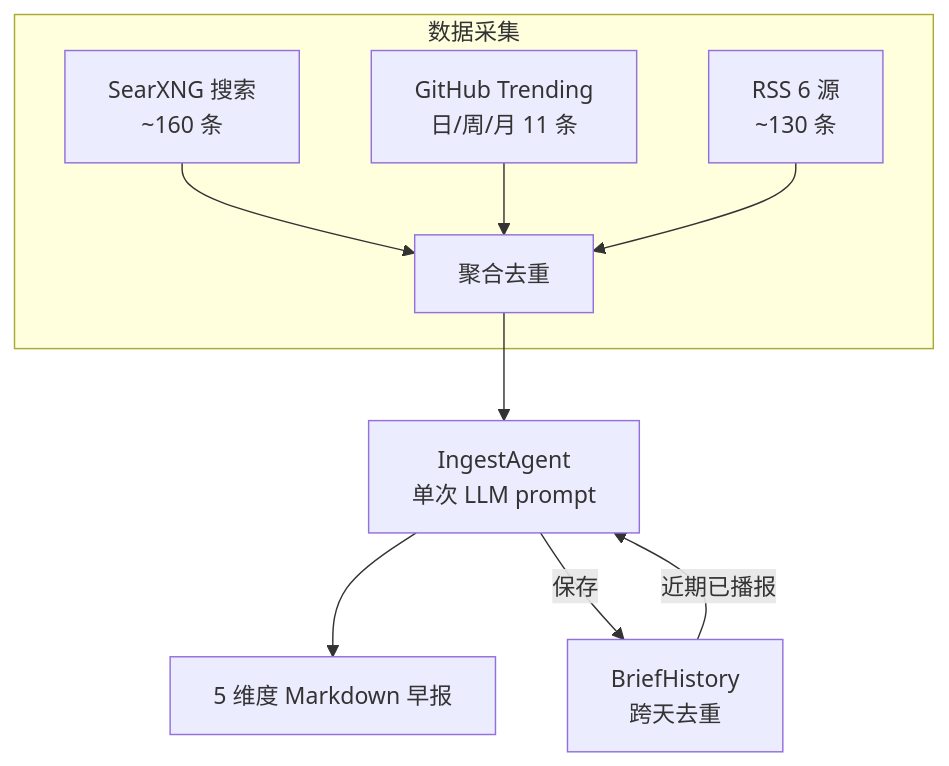
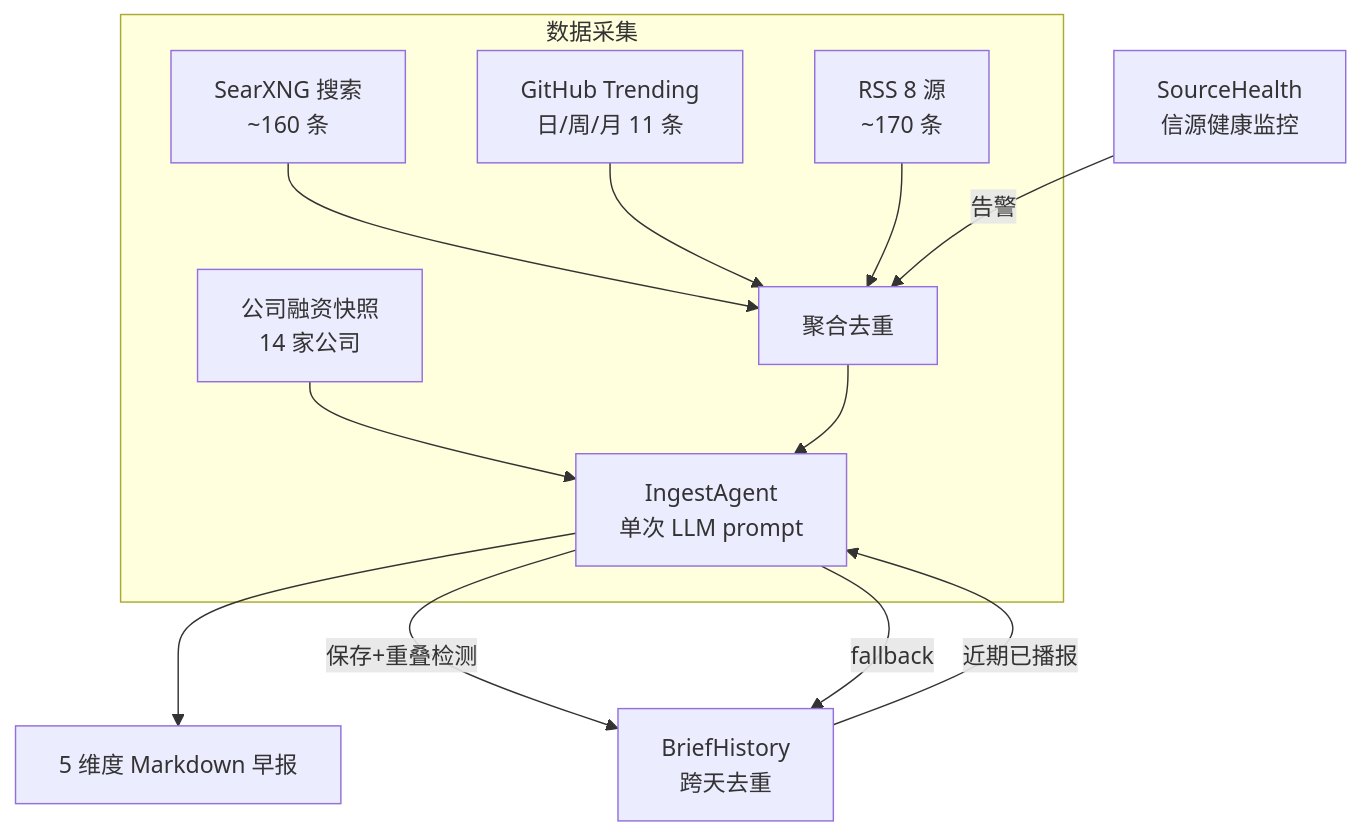
Before and after one commit to xinovate/linglong-knowledge: the third of 7 diagrams in docs/architecture.md, drawn with Mermaid. The commit also changed other lines of this file and 3 other files, not shown here.

First line of the commit message:
docs: v2.2 文档更新 — PROJECT_OVERVIEW + roadmap + architecture + ingest 设计

````diff
--- a/docs/architecture.md
+++ b/docs/architecture.md
@@ -112,12 +112,15 @@
 ```mermaid
 graph TD
     subgraph 数据采集
         A1[SearXNG 搜索<br/>~160 条] --> D[聚合去重]
         A2[GitHub Trending<br/>日/周/月 11 条] --> D
-        A3[RSS 6 源<br/>~130 条] --> D
+        A3[RSS 8 源<br/>~170 条] --> D
+        A4[公司融资快照<br/>14 家公司] --> E
     end
     D --> E[IngestAgent<br/>单次 LLM prompt]
     E --> F[5 维度 Markdown 早报]
     G[BriefHistory<br/>跨天去重] -->|近期已播报| E
-    E -->|保存| G
+    E -->|保存+重叠检测| G
+    H[SourceHealth<br/>信源健康监控] -->|告警| D
+    E -->|fallback| G
 ```
````
